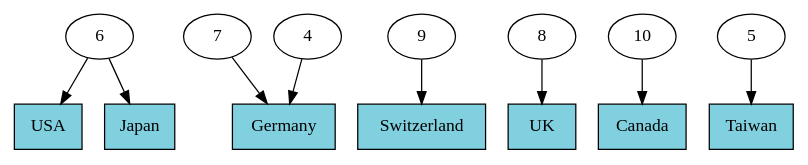
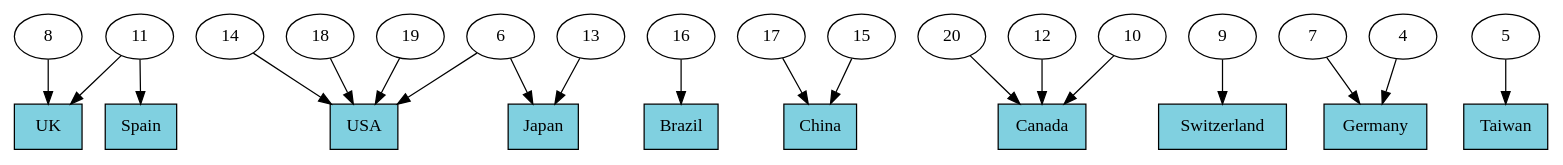
One commit to serviceprototypinglab/kubernetes-literature-dataset changed the diagram in graphs/sldgraph-country.dot. Above: the diagram before and after it, drawn with Graphviz. The commit also changed 23 other files, not shown here.

```diff
--- a/graphs/sldgraph-country.dot
+++ b/graphs/sldgraph-country.dot
@@ -1,25 +1,49 @@
 digraph sldgraph {
 overlap=false;
-_S39648 -> _S54005;
-_S39648 -> _S24613;
-_S61080 -> _S61399;
-_S16600 -> _S19836;
-_S46485 -> _S53687;
-_S77311 -> _S84446;
-_S57388 -> _S61399;
-_S57905 -> _S76449;
-_S54005 [label="USA",shape=box,style=filled,fillcolor="#80d0e0"];
-_S53687 [label="UK",shape=box,style=filled,fillcolor="#80d0e0"];
-_S24613 [label="Japan",shape=box,style=filled,fillcolor="#80d0e0"];
-_S46485 [label="8"];
-_S16600 [label="9"];
-_S57905 [label="5"];
-_S19836 [label="Switzerland",shape=box,style=filled,fillcolor="#80d0e0"];
-_S61080 [label="7"];
-_S39648 [label="6"];
-_S57388 [label="4"];
-_S84446 [label="Canada",shape=box,style=filled,fillcolor="#80d0e0"];
-_S76449 [label="Taiwan",shape=box,style=filled,fillcolor="#80d0e0"];
-_S61399 [label="Germany",shape=box,style=filled,fillcolor="#80d0e0"];
-_S77311 [label="10"];
+_S18916 -> _S73176;
+_S54328 -> _S92725;
+_S55734 -> _S62108;
+_S94116 -> _S59418;
+_S46436 -> _S91193;
+_S60620 -> _S41482;
+_S11358 -> _S91193;
+_S41064 -> _S92725;
+_S87528 -> _S92725;
+_S87528 -> _S75959;
+_S23375 -> _S59391;
+_S54439 -> _S75959;
+_S44222 -> _S73552;
+_S44222 -> _S73176;
+_S64318 -> _S92725;
+_S32715 -> _S42368;
+_S66166 -> _S59391;
+_S59716 -> _S59418;
+_S15608 -> _S91193;
+_S41482 [label="Switzerland",shape=box,style=filled,fillcolor="#80d0e0"];
+_S11358 [label="12"];
+_S59391 [label="Germany",shape=box,style=filled,fillcolor="#80d0e0"];
+_S54439 [label="13"];
+_S94116 [label="17"];
+_S66166 [label="4"];
+_S60620 [label="9"];
+_S55734 [label="16"];
+_S59716 [label="15"];
+_S41064 [label="18"];
+_S59418 [label="China",shape=box,style=filled,fillcolor="#80d0e0"];
+_S44222 [label="11"];
+_S54328 [label="14"];
+_S73552 [label="Spain",shape=box,style=filled,fillcolor="#80d0e0"];
+_S73176 [label="UK",shape=box,style=filled,fillcolor="#80d0e0"];
+_S32715 [label="5"];
+_S42368 [label="Taiwan",shape=box,style=filled,fillcolor="#80d0e0"];
+_S46436 [label="20"];
+_S18916 [label="8"];
+_S23375 [label="7"];
+_S75959 [label="Japan",shape=box,style=filled,fillcolor="#80d0e0"];
+_S92725 [label="USA",shape=box,style=filled,fillcolor="#80d0e0"];
+_S15608 [label="10"];
+_S62108 [label="Brazil",shape=box,style=filled,fillcolor="#80d0e0"];
+_S87528 [label="6"];
+_S91193 [label="Canada",shape=box,style=filled,fillcolor="#80d0e0"];
+_S64318 [label="19"];
 }
```
